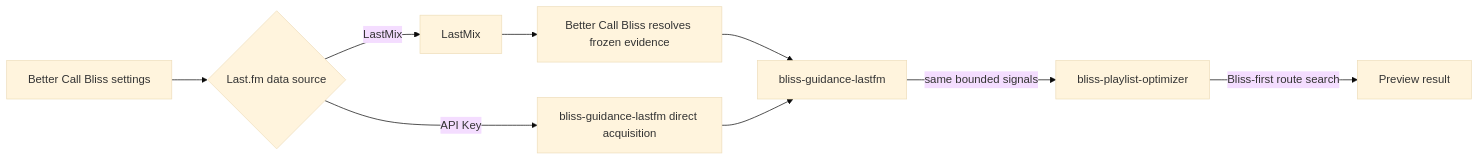
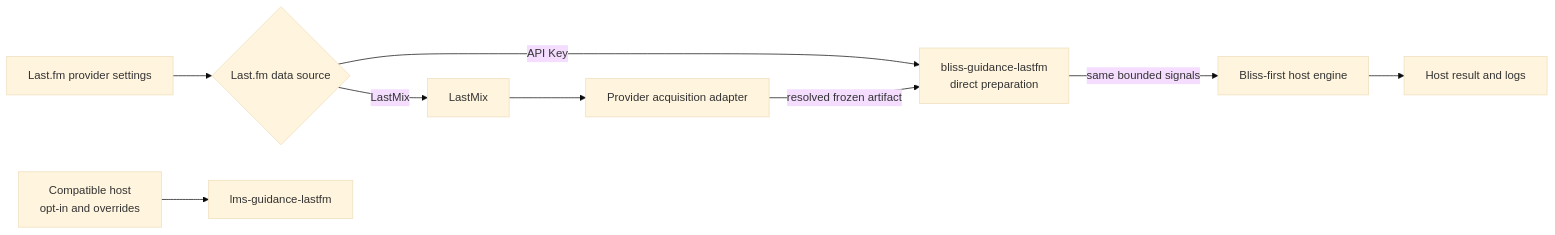
One commit to chrober/bliss-similarity-design changed the diagram in LASTFM_GUIDANCE_ACQUISITION_PLAN.md. Above: the diagram before and after it, drawn with Mermaid (base theme). The commit also changed other lines of this file and 4 other files, not shown here.

Commit message:
docs: update guidance provider status and Last.fm design

````diff
--- a/LASTFM_GUIDANCE_ACQUISITION_PLAN.md
+++ b/LASTFM_GUIDANCE_ACQUISITION_PLAN.md
@@ -49,11 +59,11 @@
 ```mermaid
 flowchart LR
-    U[Better Call Bliss settings] --> S{Last.fm data source}
+    PS[Last.fm provider settings] --> S{Last.fm data source}
+    H[Compatible host\nopt-in and overrides] --> P[lms-guidance-lastfm]
     S -->|LastMix| LM[LastMix]
-    LM --> B[Better Call Bliss resolves frozen evidence]
-    S -->|API Key| D[bliss-guidance-lastfm direct acquisition]
-    B --> P[bliss-guidance-lastfm]
-    D --> P
-    P -->|same bounded signals| O[bliss-playlist-optimizer]
-    O -->|Bliss-first route search| R[Preview result]
+    LM --> A[Provider acquisition adapter]
+    S -->|API Key| D[bliss-guidance-lastfm\ndirect preparation]
+    A -->|resolved frozen artifact| D
+    D -->|same bounded signals| O[Bliss-first host engine]
+    O --> R[Host result and logs]
 ```
````
